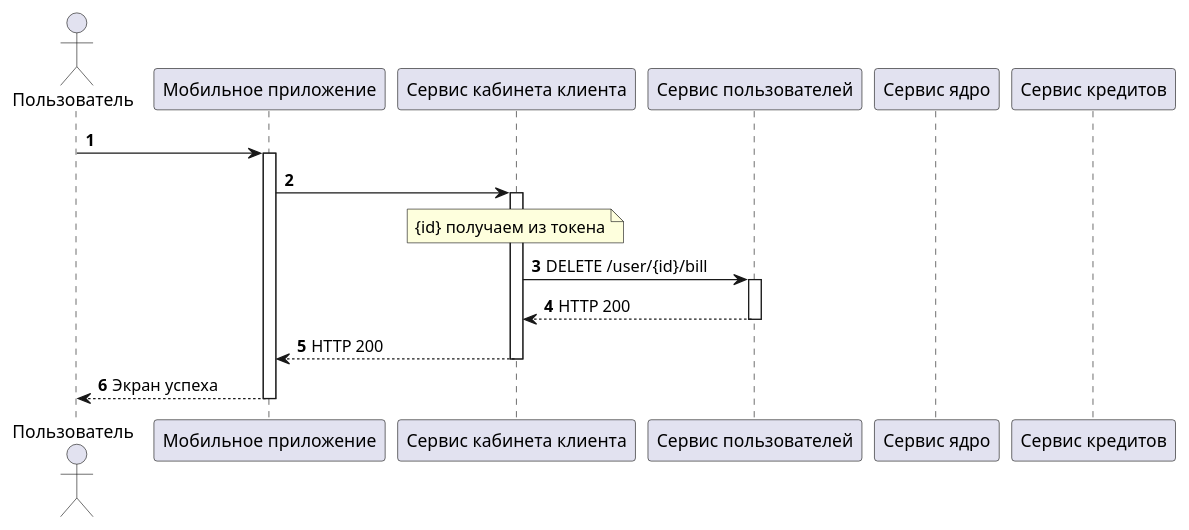
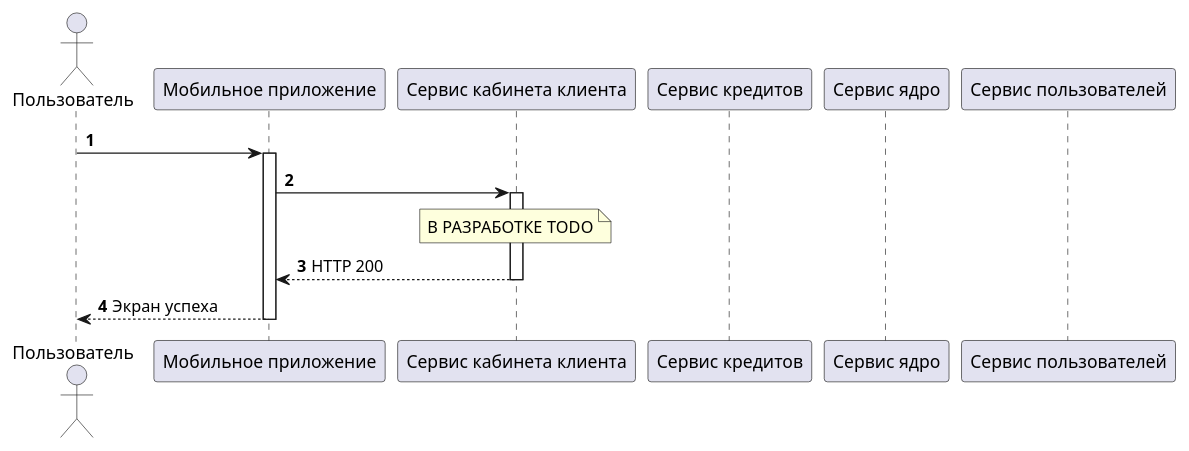
One commit to AlekseyFeofilov/HubaBank changed the diagram in diagrams/client/Взять кредит.puml. Above: the diagram before and after it, drawn with PlantUML. The commit also changed 13 other files, not shown here.

Commit message:
Исправление диаграмм

```diff
--- a/diagrams/client/Взять кредит.puml
+++ b/diagrams/client/Взять кредит.puml
@@ -1,29 +1,26 @@
 @startuml
 'https://plantuml.com/sequence-diagram
 
 autonumber
 
 actor "Пользователь" as User
 participant "Мобильное приложение" as MobileApp
 participant "Сервис кабинета клиента" as ClientService
+participant "Сервис кредитов" as LoanService
+participant "Сервис ядро" as CoreService
 participant "Сервис пользователей" as UserService
-participant "Сервис ядро" as CoreService
-participant "Сервис кредитов" as LoanService
 
 User -> MobileApp
 activate MobileApp
 
     MobileApp -> ClientService
     activate ClientService
 
         note over ClientService
-        {id} получаем из токена
+        В РАЗРАБОТКЕ TODO
         end note
 
-        ClientService -> UserService: DELETE /user/{id}/bill
-        activate UserService
-        return HTTP 200
     return HTTP 200
 return Экран успеха
 
 @enduml
```
